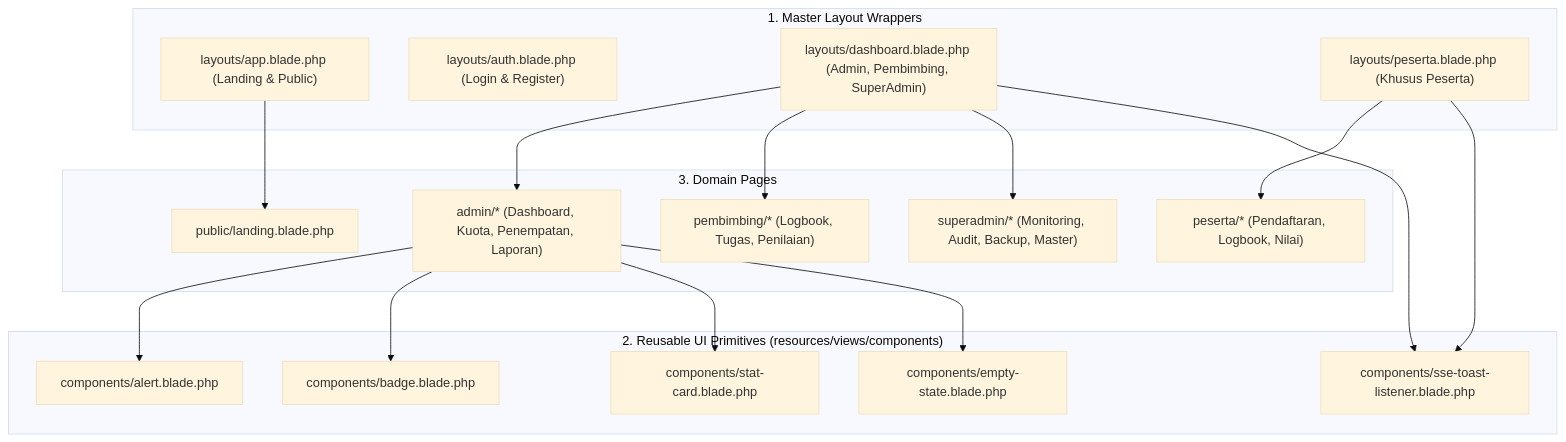
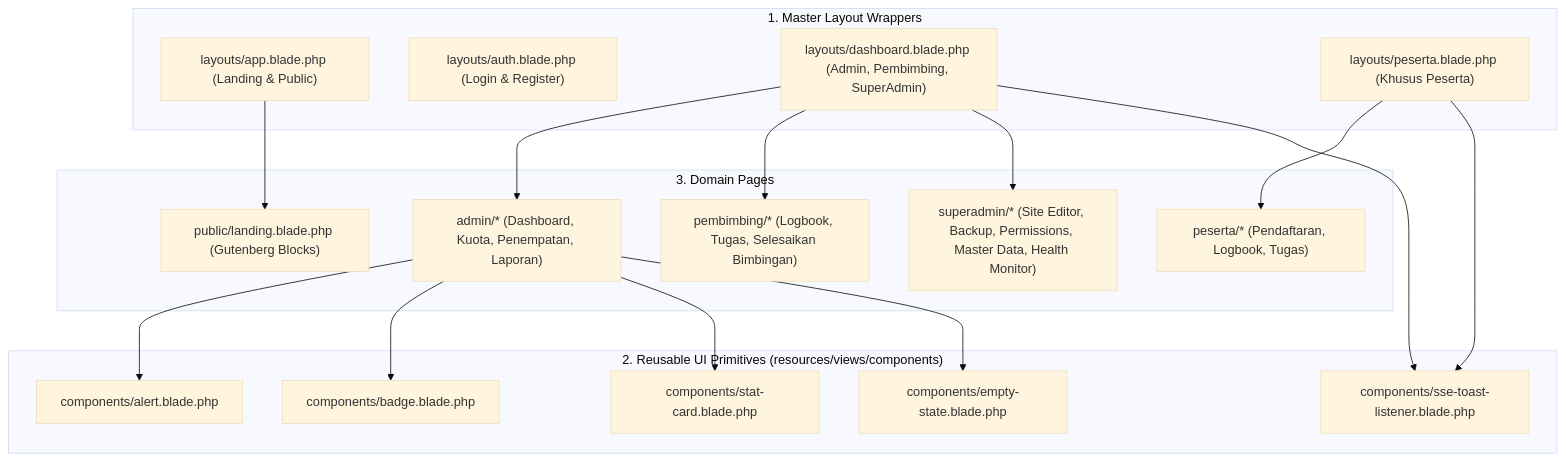
One commit to EvilAekt/MAGKOM changed the diagram in docs/architecture/COMPONENTS.md. Above: the diagram before and after it, drawn with Mermaid (base theme). The commit also changed other lines of this file and 21 other files, not shown here.

````diff
--- a/docs/architecture/COMPONENTS.md
+++ b/docs/architecture/COMPONENTS.md
@@ -11,38 +11,38 @@
 ```mermaid
 graph TD
     subgraph LayoutWrappers ["1. Master Layout Wrappers"]
         L_App["layouts/app.blade.php (Landing & Public)"]
         L_Auth["layouts/auth.blade.php (Login & Register)"]
         L_Dash["layouts/dashboard.blade.php (Admin, Pembimbing, SuperAdmin)"]
         L_Peserta["layouts/peserta.blade.php (Khusus Peserta)"]
     end
 
     subgraph UIPrimitives ["2. Reusable UI Primitives (resources/views/components)"]
         C_Alert["components/alert.blade.php"]
         C_Badge["components/badge.blade.php"]
         C_Stat["components/stat-card.blade.php"]
         C_Empty["components/empty-state.blade.php"]
         C_SSE["components/sse-toast-listener.blade.php"]
     end
 
     subgraph DomainViews ["3. Domain Pages"]
-        V_Landing["public/landing.blade.php"]
+        V_Landing["public/landing.blade.php (Gutenberg Blocks)"]
         V_AdminPages["admin/* (Dashboard, Kuota, Penempatan, Laporan)"]
-        V_PembimbingPages["pembimbing/* (Logbook, Tugas, Penilaian)"]
-        V_PesertaPages["peserta/* (Pendaftaran, Logbook, Nilai)"]
-        V_SuperAdminPages["superadmin/* (Monitoring, Audit, Backup, Master)"]
+        V_PembimbingPages["pembimbing/* (Logbook, Tugas, Selesaikan Bimbingan)"]
+        V_PesertaPages["peserta/* (Pendaftaran, Logbook, Tugas)"]
+        V_SuperAdminPages["superadmin/* (Site Editor, Backup, Permissions, Master Data, Health Monitor)"]
     end
 
     L_App --> V_Landing
     L_Dash --> V_AdminPages
     L_Dash --> V_PembimbingPages
     L_Dash --> V_SuperAdminPages
     L_Peserta --> V_PesertaPages
 
     V_AdminPages --> C_Alert
     V_AdminPages --> C_Badge
     V_AdminPages --> C_Stat
     V_AdminPages --> C_Empty
     L_Dash --> C_SSE
     L_Peserta --> C_SSE
 ```
````
